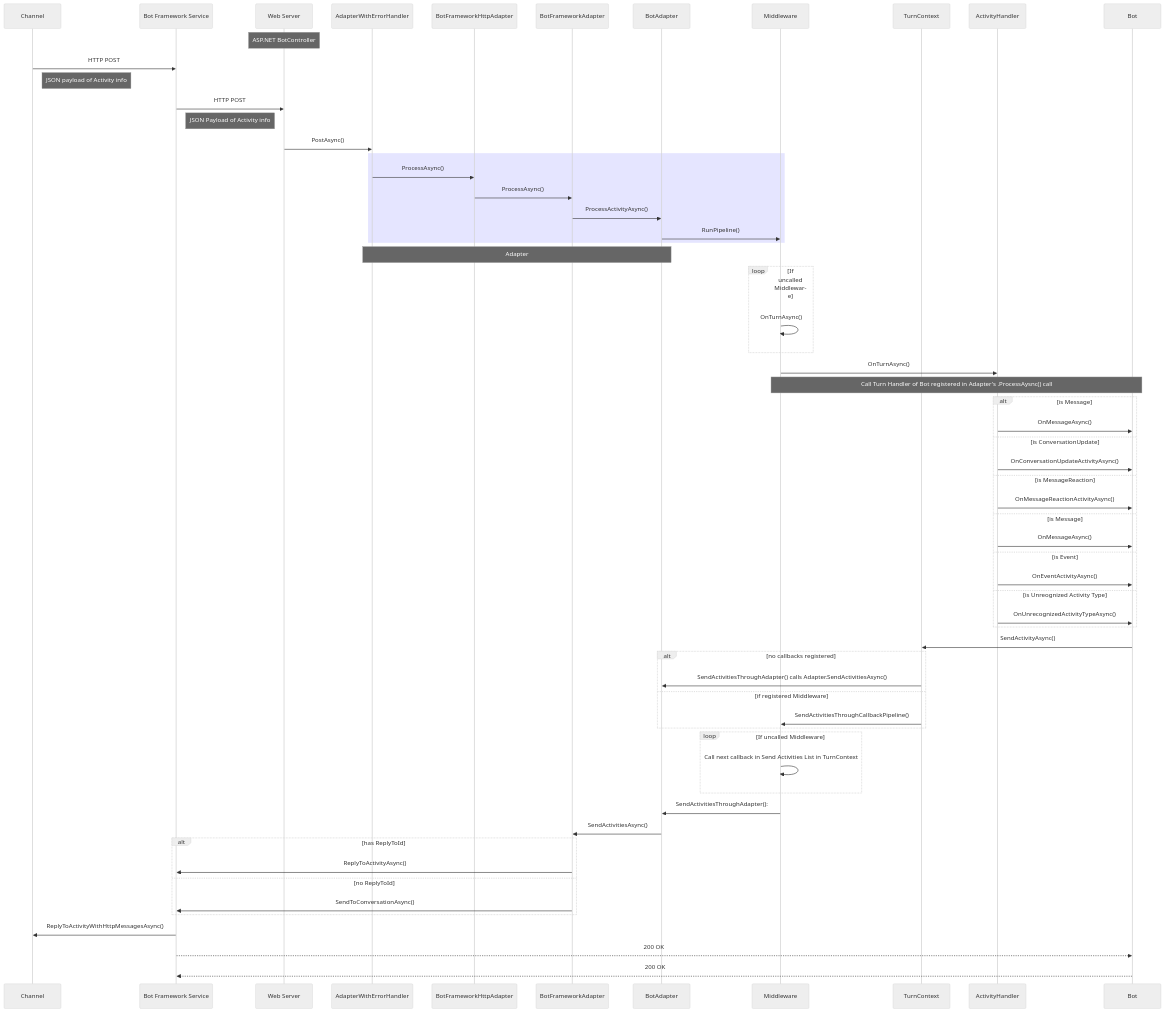
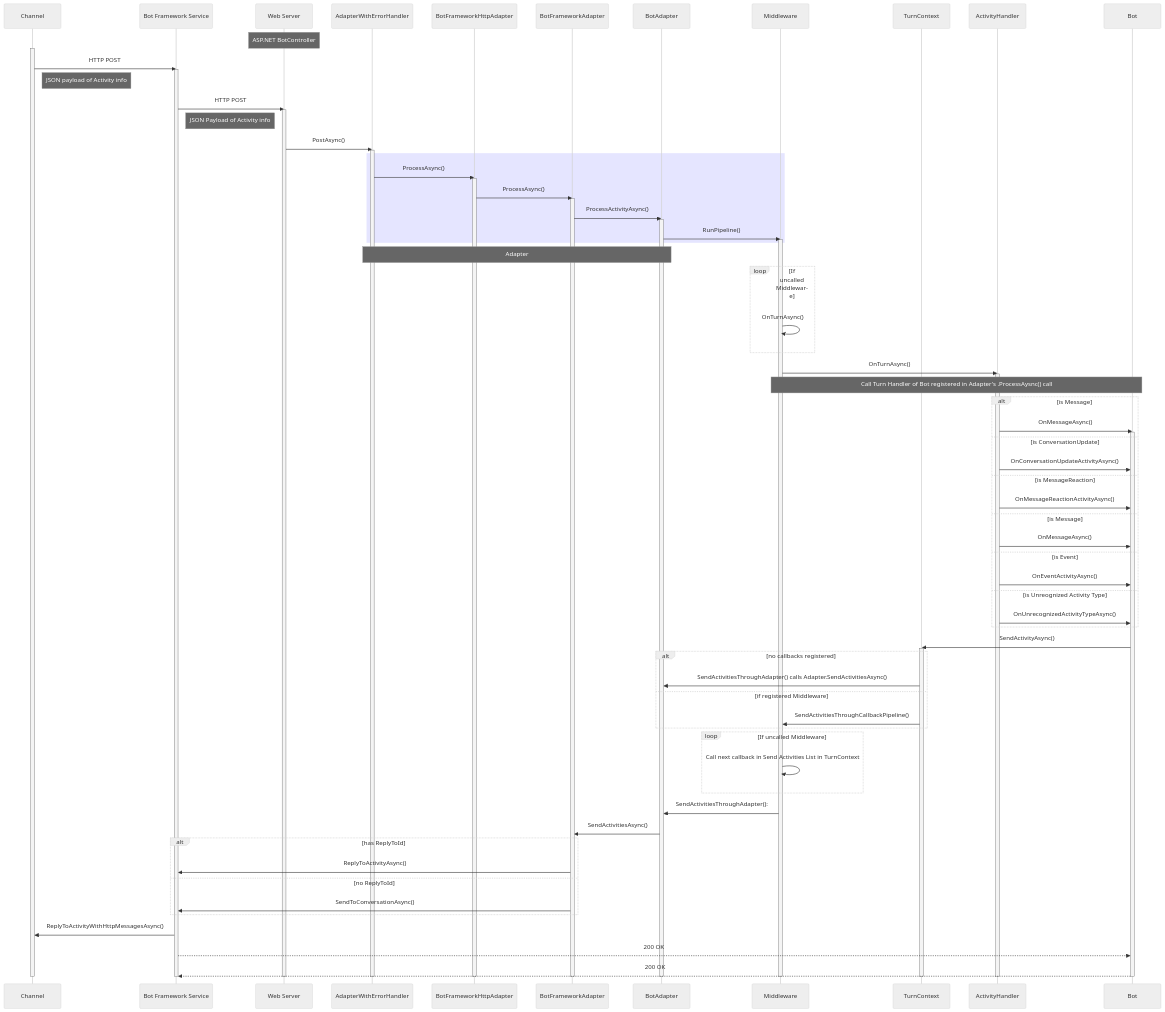
Before and after one commit to Zerryth/Mermaid: the diagram in MarkdownFiles/ActivityFlow/ActivityFlow2.md, drawn with Mermaid (neutral theme). The commit also changed 1 other file, not shown here.

Commit message:
activated participants in Activity Flow

````diff
--- a/MarkdownFiles/ActivityFlow/ActivityFlow2.md
+++ b/MarkdownFiles/ActivityFlow/ActivityFlow2.md
@@ -16,18 +16,27 @@
         participant ActivityHandler
         participant Bot
 
+        activate Channel
+
         Channel ->> BFS: HTTP POST
+        activate BFS
         Note right of Channel: JSON payload of Activity info
 
         BFS ->> WebServer: HTTP POST
+        activate WebServer
         Note right of BFS: JSON Payload of Activity info
 
         WebServer ->> Adapter: PostAsync()
+        activate Adapter
         rect rgba(0, 0, 255, .1)
             Adapter ->> BotFrameworkHttpAdapter: ProcessAsync()
+            activate BotFrameworkHttpAdapter
             BotFrameworkHttpAdapter ->> BotFrameworkAdapter: ProcessAsync()
+            activate BotFrameworkAdapter
             BotFrameworkAdapter ->> BotAdapter : ProcessActivityAsync()
+            activate BotAdapter
             BotAdapter ->> Middleware: RunPipeline()
+            activate Middleware
         end
         Note over Adapter, BotAdapter: Adapter
         loop If uncalled Middleware
@@ -35,9 +44,11 @@
         end
 
         Middleware ->> ActivityHandler: OnTurnAsync()
+        activate ActivityHandler
         Note over Middleware, Bot: Call Turn Handler of Bot registered in Adapter's .ProcessAysnc() call
         alt is Message
                 ActivityHandler ->> Bot: OnMessageAsync()
+                activate Bot
             
             else is ConversationUpdate
                 ActivityHandler ->> Bot: OnConversationUpdateActivityAsync()
@@ -56,6 +67,7 @@
         end
 
         Bot ->> TurnContext: SendActivityAsync()
+        activate TurnContext
 
         alt no callbacks registered
                 TurnContext ->> BotAdapter: SendActivitiesThroughAdapter() calls Adapter.SendActivitiesAsync()
@@ -79,5 +91,17 @@
 
         BFS -->> Bot: 200 OK
         Bot -->> BFS: 200 OK
+
+        deactivate TurnContext
+        deactivate Bot
+        deactivate ActivityHandler
+        deactivate Middleware
+        deactivate BotAdapter
+        deactivate BotFrameworkAdapter
+        deactivate BotFrameworkHttpAdapter
+        deactivate Adapter
+        deactivate WebServer
+        deactivate BFS
+        deactivate Channel
         
 ```
````
